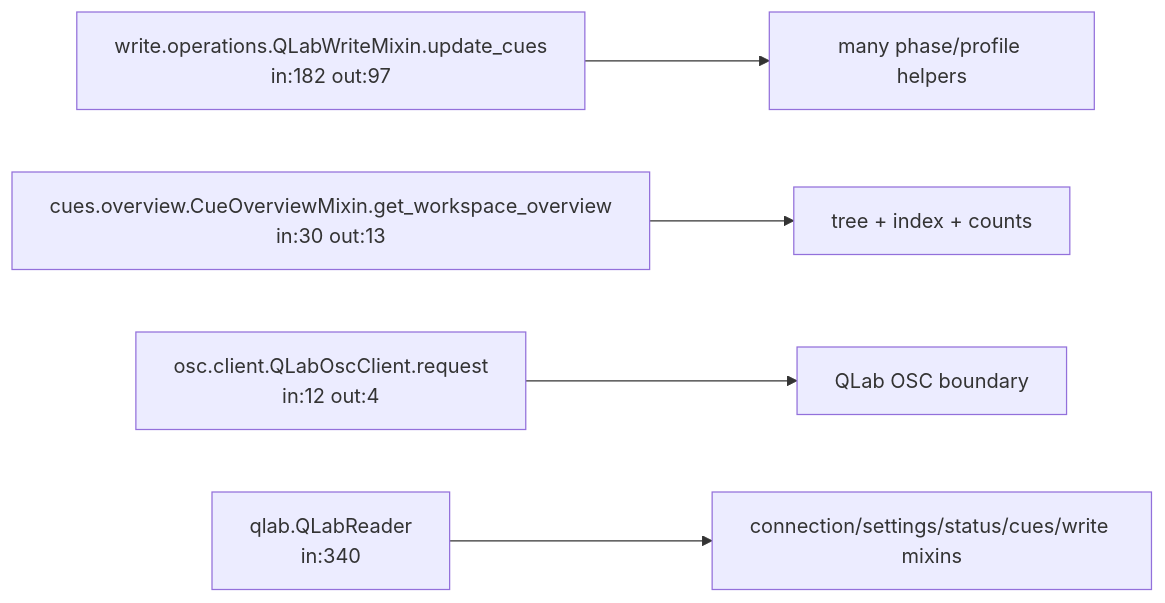
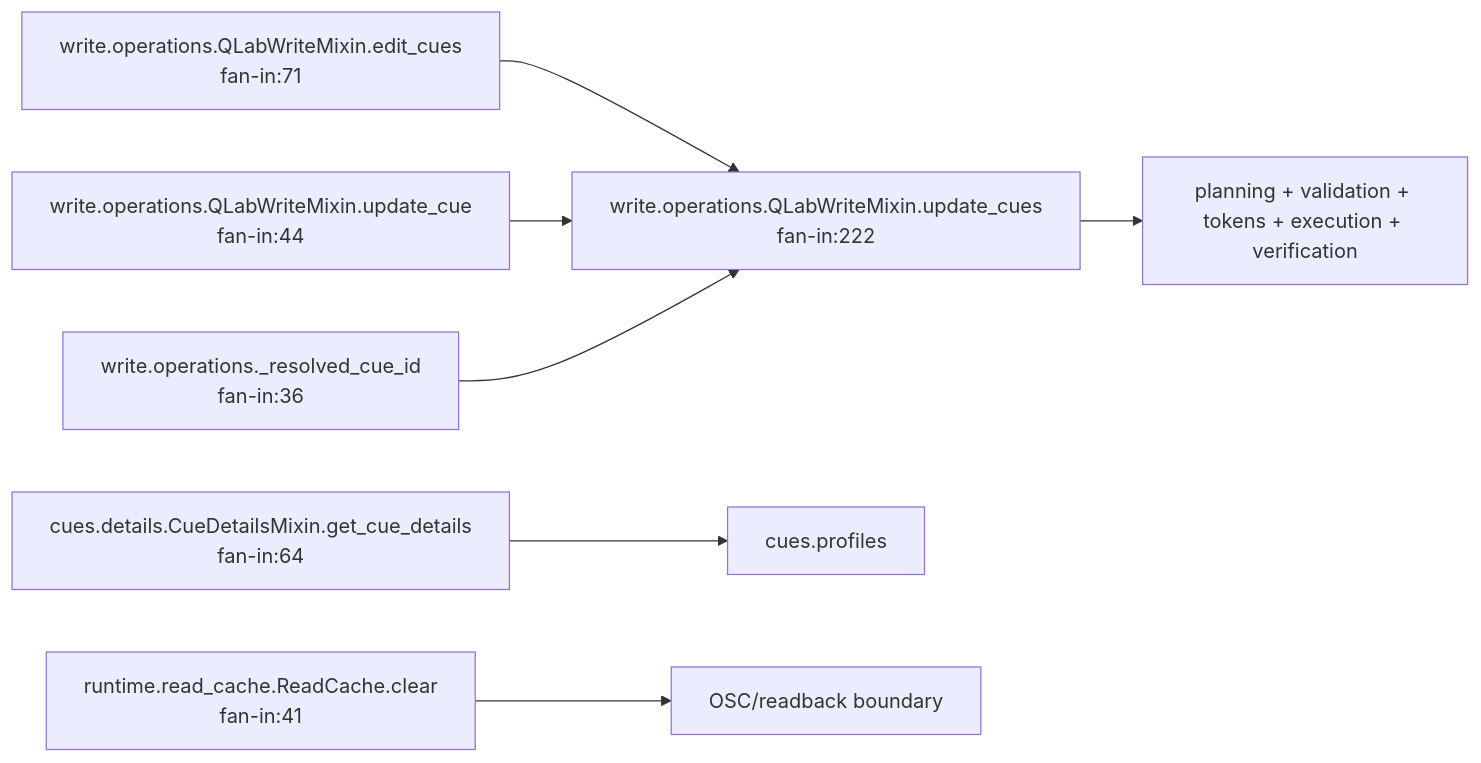
One commit to MarcheKEN/Qlab-MCP changed the sixth of 6 diagrams in docs/current/architecture/codebase_graphs.md. Above: the diagram before and after it, drawn with Mermaid. The commit also changed other lines of this file and 14 other files, not shown here.

````diff
--- a/docs/current/architecture/codebase_graphs.md
+++ b/docs/current/architecture/codebase_graphs.md
@@ -124,7 +132,9 @@
 ```mermaid
 flowchart LR
-    Update["write.operations.QLabWriteMixin.update_cues<br/>in:182 out:97"] --> Many["many phase/profile helpers"]
-    Overview["cues.overview.CueOverviewMixin.get_workspace_overview<br/>in:30 out:13"] --> ReadMap["tree + index + counts"]
-    Client["osc.client.QLabOscClient.request<br/>in:12 out:4"] --> Boundary["QLab OSC boundary"]
-    Reader["qlab.QLabReader<br/>in:340"] --> Mixins["connection/settings/status/cues/write mixins"]
+    Update["write.operations.QLabWriteMixin.update_cues<br/>fan-in:222"] --> WriteMix["planning + validation + tokens + execution + verification"]
+    Edit["write.operations.QLabWriteMixin.edit_cues<br/>fan-in:71"] --> Update
+    Details["cues.details.CueDetailsMixin.get_cue_details<br/>fan-in:64"] --> Profiles["cues.profiles"]
+    UpdateOne["write.operations.QLabWriteMixin.update_cue<br/>fan-in:44"] --> Update
+    Cache["runtime.read_cache.ReadCache.clear<br/>fan-in:41"] --> OSCBoundary["OSC/readback boundary"]
+    Resolve["write.operations._resolved_cue_id<br/>fan-in:36"] --> Update
 ```
````
